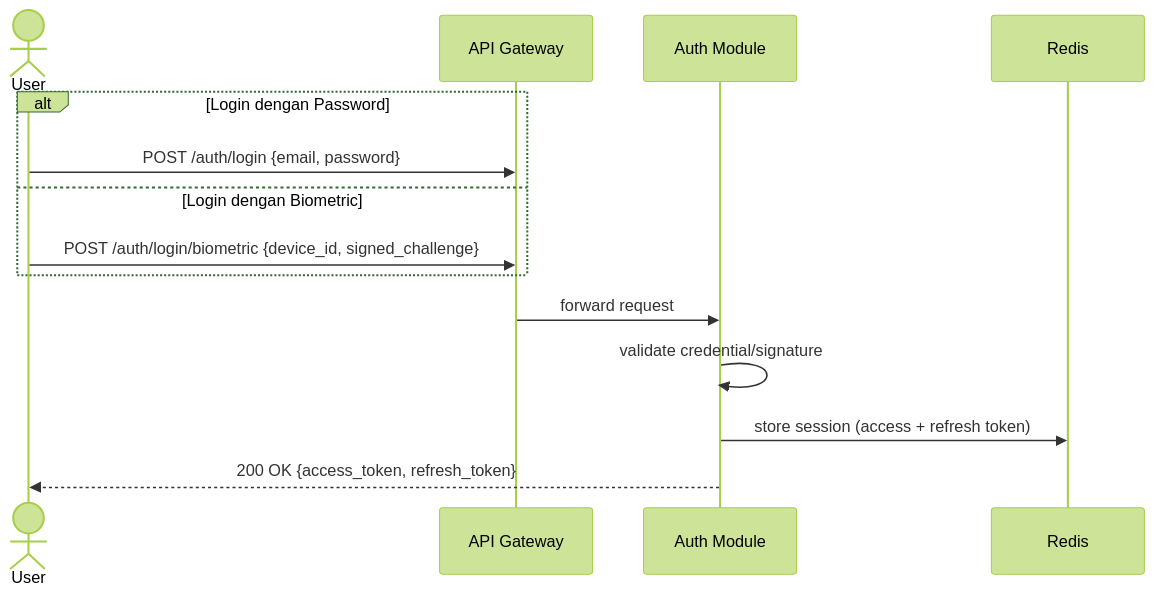
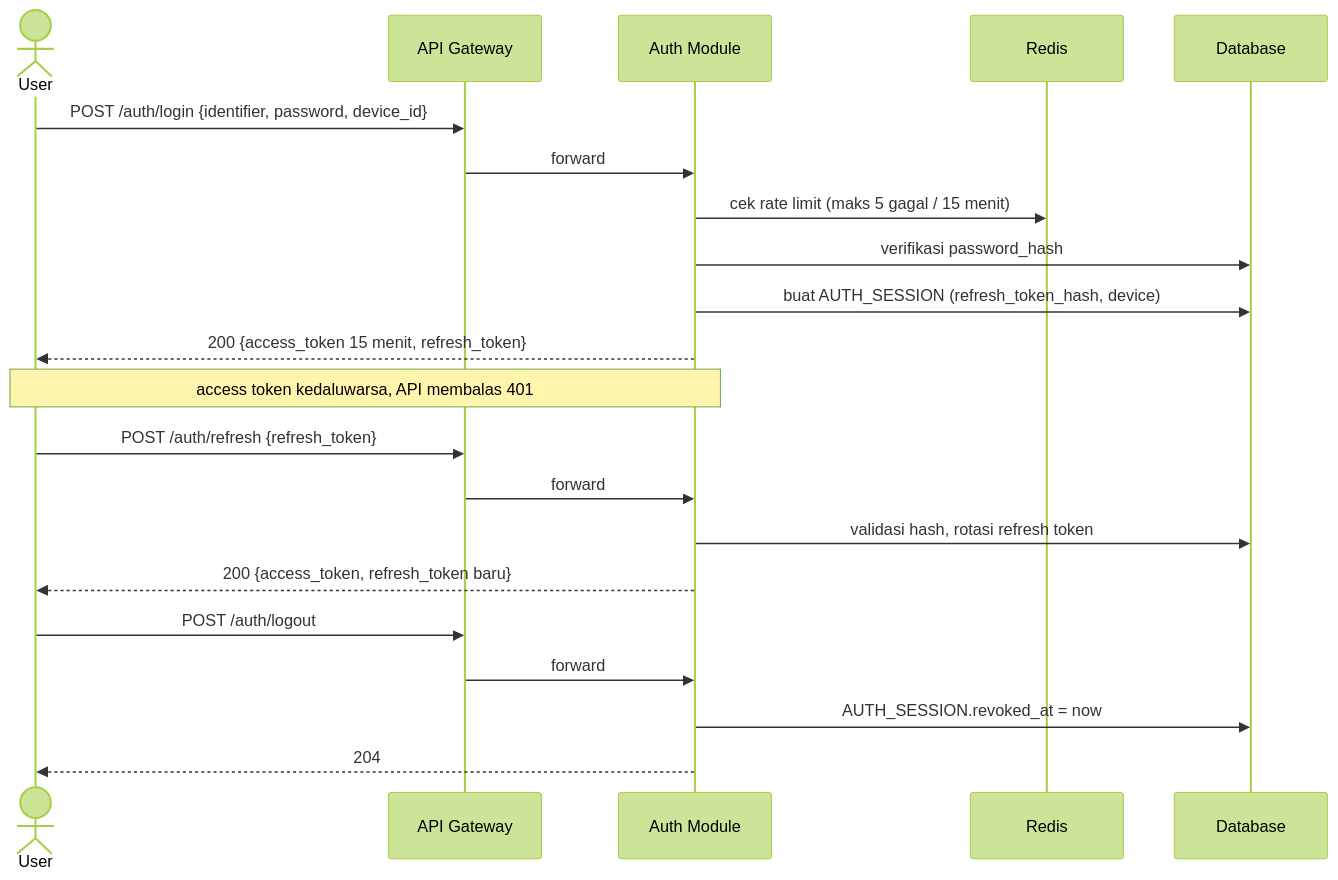
Before and after one commit to sendygit/assesment-solution-analyst: the second of 6 diagrams in docs/04-api-design/api-sequence-diagrams.md, drawn with Mermaid (forest theme). The commit also changed other lines of this file and 2 other files, not shown here.

Commit message:
Rework API design: fix OpenAPI spec, secure onboarding, add loan state diagram

````diff
--- a/docs/04-api-design/api-sequence-diagrams.md
+++ b/docs/04-api-design/api-sequence-diagrams.md
@@ -35,17 +60,26 @@
 ```mermaid
 sequenceDiagram
     actor U as User
     participant GW as API Gateway
     participant Auth as Auth Module
     participant Cache as Redis
+    participant DB as Database
 
-    alt Login dengan Password
-        U->>GW: POST /auth/login {email, password}
-    else Login dengan Biometric
-        U->>GW: POST /auth/login/biometric {device_id, signed_challenge}
-    end
-    GW->>Auth: forward request
-    Auth->>Auth: validate credential/signature
-    Auth->>Cache: store session (access + refresh token)
-    Auth-->>U: 200 OK {access_token, refresh_token}
+    U->>GW: POST /auth/login {identifier, password, device_id}
+    GW->>Auth: forward
+    Auth->>Cache: cek rate limit (maks 5 gagal / 15 menit)
+    Auth->>DB: verifikasi password_hash
+    Auth->>DB: buat AUTH_SESSION (refresh_token_hash, device)
+    Auth-->>U: 200 {access_token 15 menit, refresh_token}
+
+    Note over U,Auth: access token kedaluwarsa, API membalas 401
+    U->>GW: POST /auth/refresh {refresh_token}
+    GW->>Auth: forward
+    Auth->>DB: validasi hash, rotasi refresh token
+    Auth-->>U: 200 {access_token, refresh_token baru}
+
+    U->>GW: POST /auth/logout
+    GW->>Auth: forward
+    Auth->>DB: AUTH_SESSION.revoked_at = now
+    Auth-->>U: 204
 ```
````
